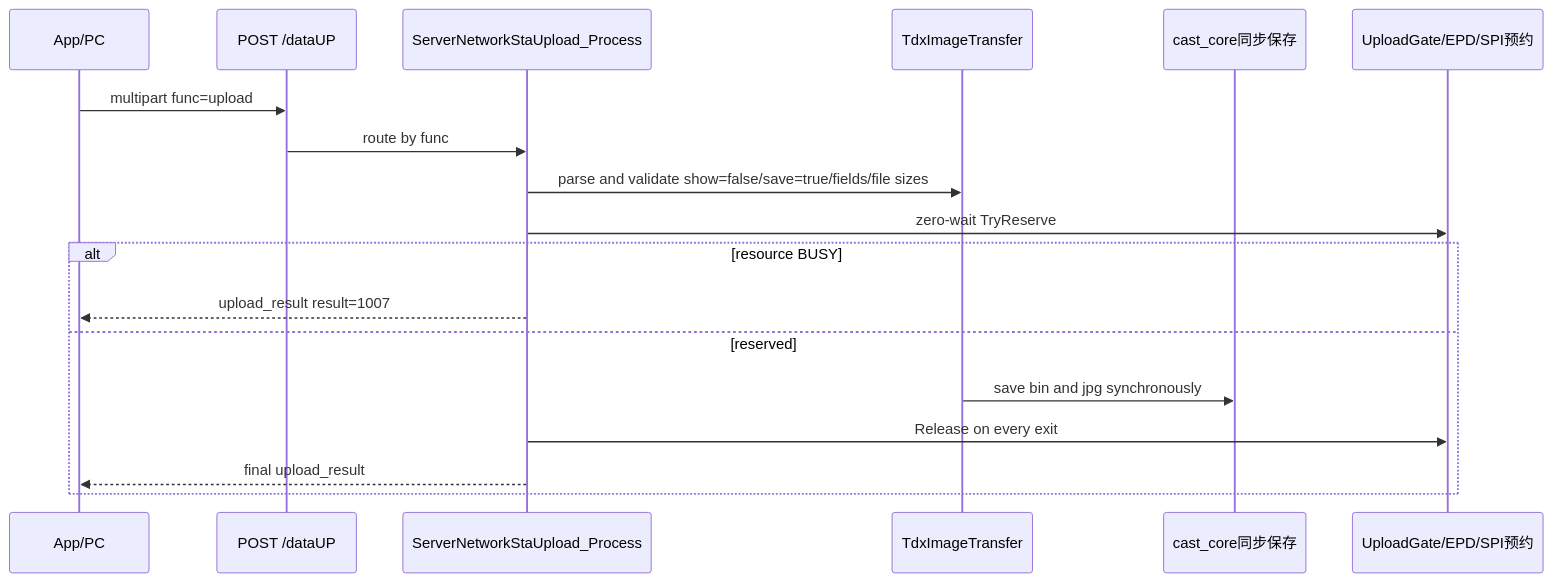
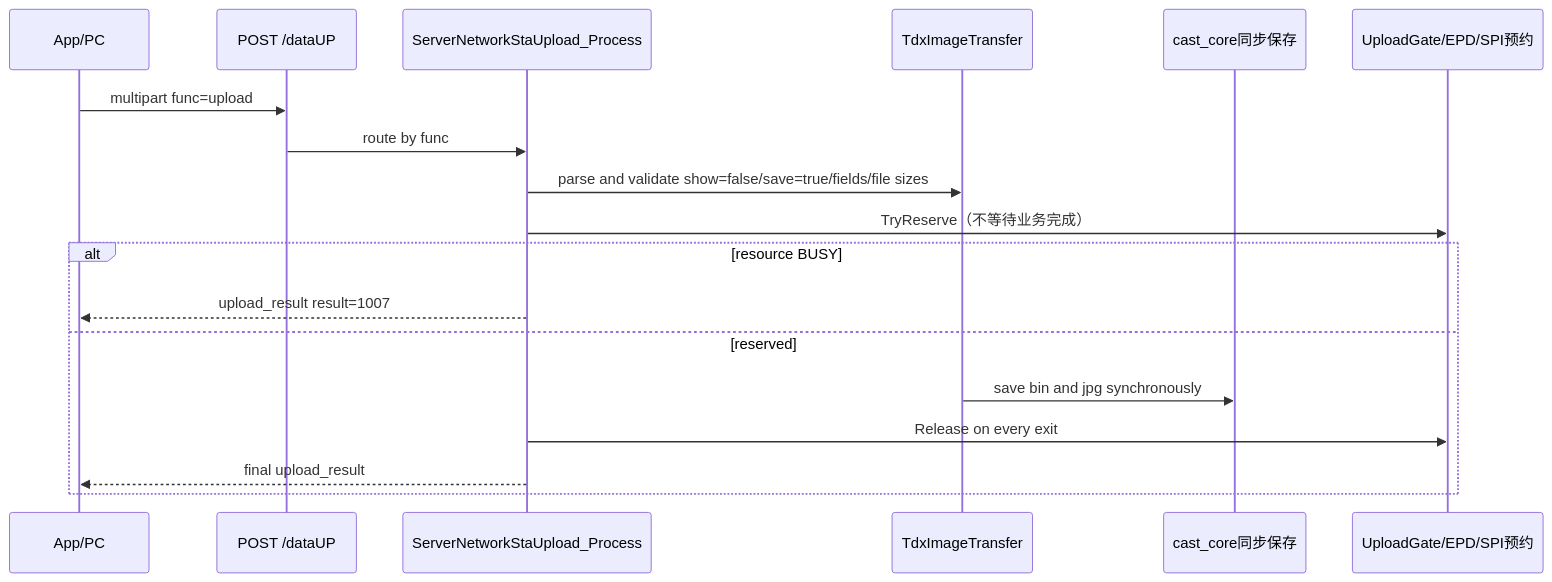
Before and after one commit to tdxguiping/ESP32_S3_epaper: diagram 16 of 25 in README_Fun.md, drawn with Mermaid. The commit also changed other lines of this file and 56 other files, not shown here.

````diff
--- a/README_Fun.md
+++ b/README_Fun.md
@@ -1839,20 +1839,20 @@
 ```mermaid
 sequenceDiagram
     participant APP as App/PC
     participant DATAUP as POST /dataUP
     participant UP as ServerNetworkStaUpload_Process
     participant CORE as TdxImageTransfer
     participant SAVE as cast_core同步保存
     participant GATE as UploadGate/EPD/SPI预约
     APP->>DATAUP: multipart func=upload
     DATAUP->>UP: route by func
     UP->>CORE: parse and validate show=false/save=true/fields/file sizes
-    UP->>GATE: zero-wait TryReserve
+    UP->>GATE: TryReserve（不等待业务完成）
     alt resource BUSY
         UP-->>APP: upload_result result=1007
     else reserved
         CORE->>SAVE: save bin and jpg synchronously
         UP->>GATE: Release on every exit
         UP-->>APP: final upload_result
     end
 ```
````
